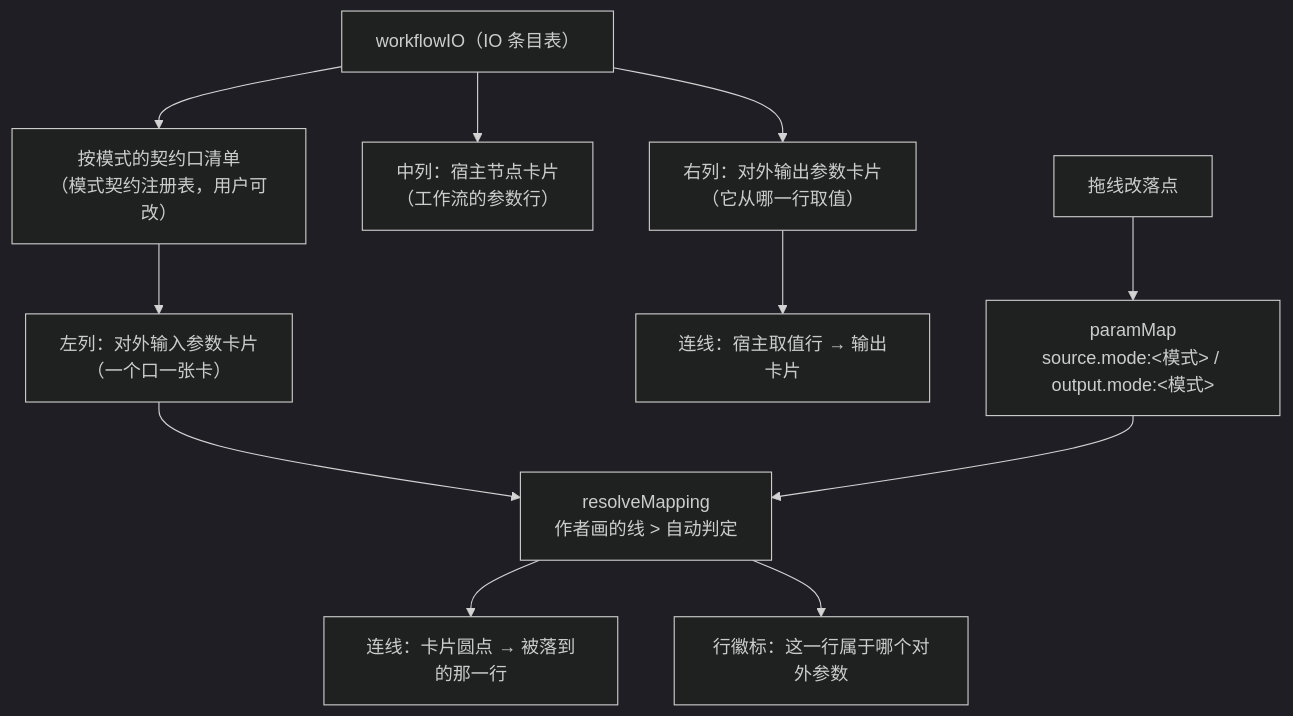
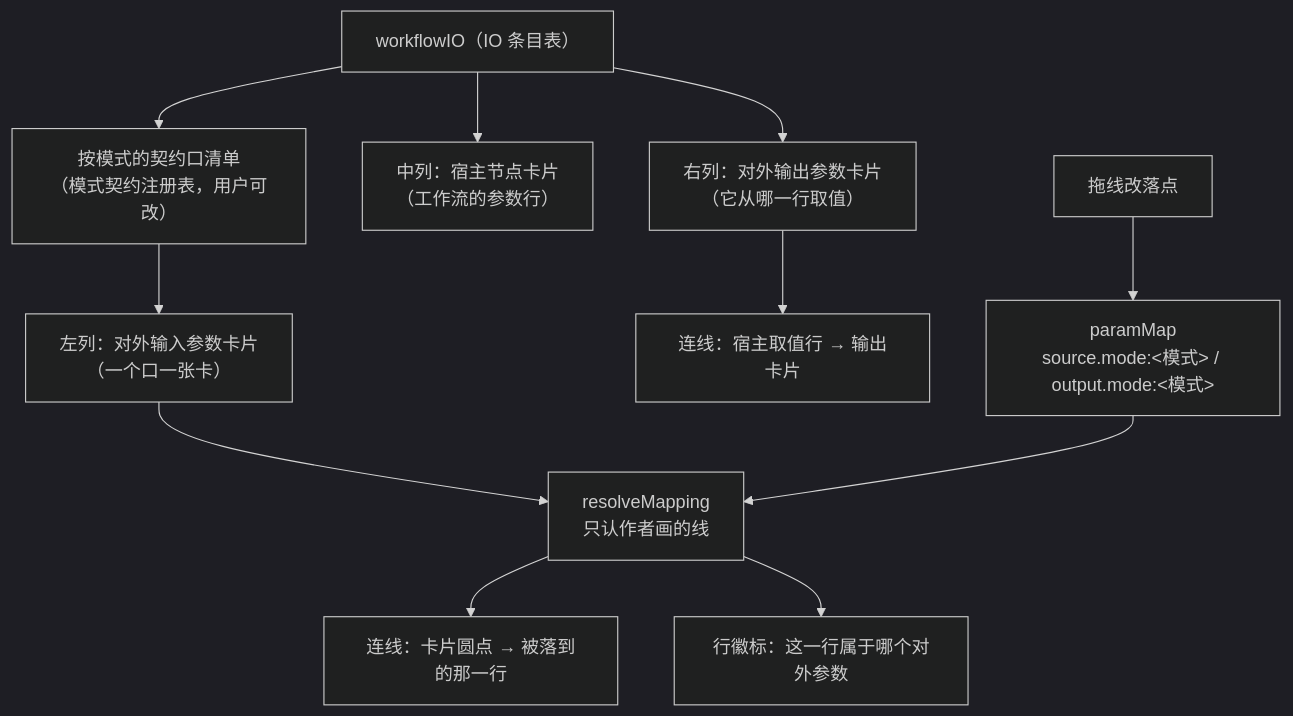
The fifth of 8 diagrams in docs/guides/feature-workflow-library-flow.md (wuxianyuedu/comfy-app), drawn with Mermaid (dark theme) before and after one commit. The commit also changed other lines of this file and 59 other files, not shown here.

````diff
--- a/docs/guides/feature-workflow-library-flow.md
+++ b/docs/guides/feature-workflow-library-flow.md
@@ -156,13 +167,13 @@
 ```mermaid
 flowchart TD
   IO["workflowIO（IO 条目表）"] --> CONTRACT["按模式的契约口清单<br/>（模式契约注册表，用户可改）"]
   CONTRACT --> CARDS["左列：对外输入参数卡片<br/>（一个口一张卡）"]
   IO --> HOST["中列：宿主节点卡片<br/>（工作流的参数行）"]
-  CARDS --> RESOLVE["resolveMapping<br/>作者画的线 > 自动判定"]
+  CARDS --> RESOLVE["resolveMapping<br/>只认作者画的线"]
   RESOLVE --> WIRES["连线：卡片圆点 → 被落到的那一行"]
   RESOLVE --> OWNERS["行徽标：这一行属于哪个对外参数"]
   IO --> OUT["右列：对外输出参数卡片<br/>（它从哪一行取值）"]
   OUT --> OWIRE["连线：宿主取值行 → 输出卡片"]
   DRAG["拖线改落点"] --> PM["paramMap<br/>source.mode:&lt;模式&gt; / output.mode:&lt;模式&gt;"]
   PM --> RESOLVE
 ```
````
